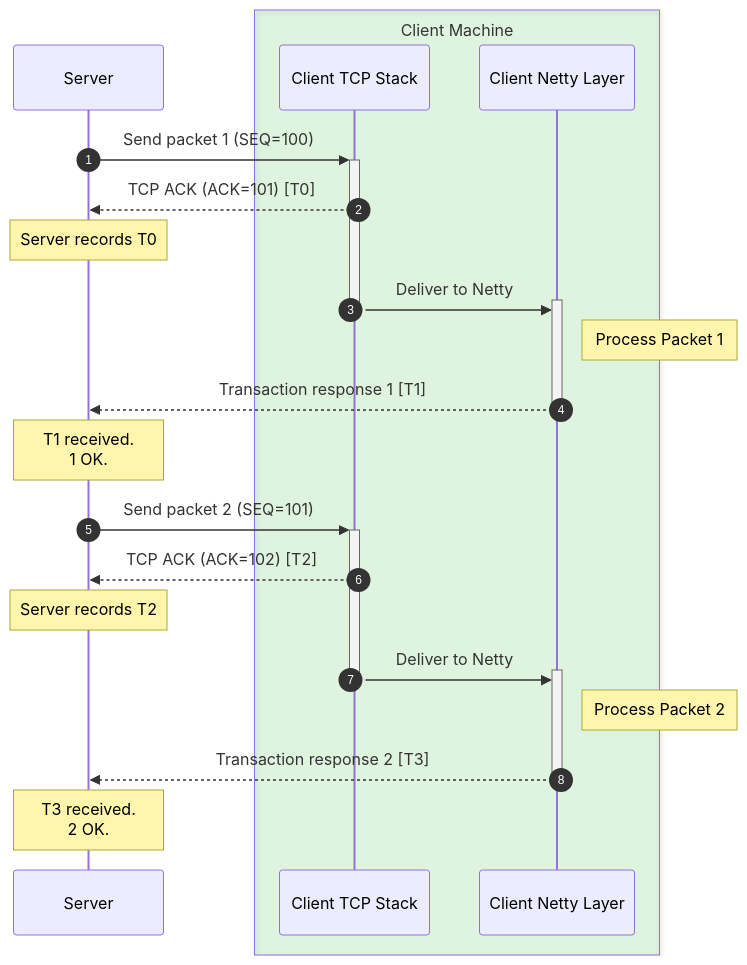
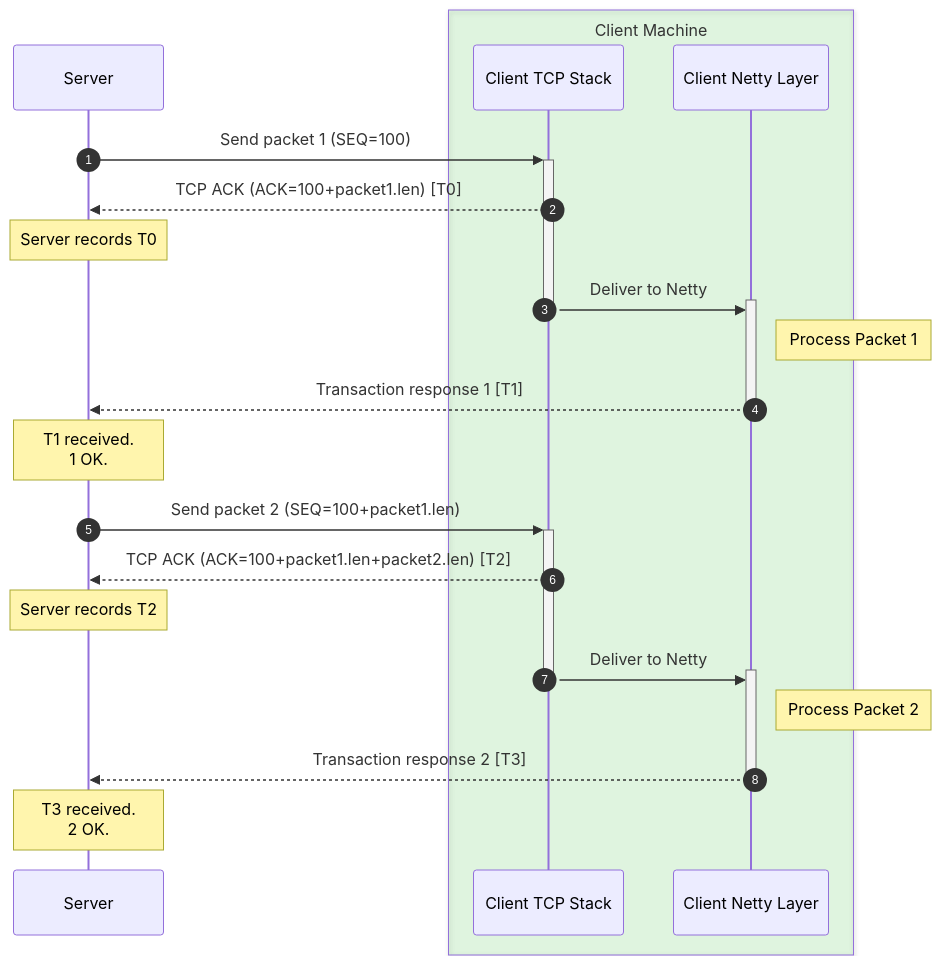
The first of 2 diagrams in README.md (Briiqn/deterministic-lag-cheat-detection-theory), drawn with Mermaid before and after one commit. The commit also changed other lines of this file, not shown here.

Commit message:
more accurate
i dont want people thinking its sequential like 100,101,102 as its not unless the packet is 1 byte.

````diff
--- a/README.md
+++ b/README.md
@@ -23,34 +23,34 @@
 ```mermaid
 sequenceDiagram
     autonumber
     participant S as Server
     
     box rgba(0, 200, 0, 0.1) Client Machine
         participant TCP as Client TCP Stack
         participant APP as Client Netty Layer
     end
 
     %% Transaction 1
     S->>+TCP: Send packet 1 (SEQ=100)
-    TCP-->>S: TCP ACK (ACK=101) [T0]
+    TCP-->>S: TCP ACK (ACK=100+packet1.len) [T0]
     Note over S: Server records T0
     
     TCP->>+APP: Deliver to Netty
     deactivate TCP
     
     Note right of APP: Process Packet 1
     APP-->>-S: Transaction response 1 [T1]
     Note over S: T1 received.<br/> 1 OK.
 
     %% Transaction 2
-    S->>+TCP: Send packet 2 (SEQ=101)
-    TCP-->>S: TCP ACK (ACK=102) [T2]
+    S->>+TCP: Send packet 2 (SEQ=100+packet1.len)
+    TCP-->>S: TCP ACK (ACK=100+packet1.len+packet2.len) [T2]
     Note over S: Server records T2
     
     TCP->>+APP: Deliver to Netty
     deactivate TCP
     
     Note right of APP: Process Packet 2
     APP-->>-S: Transaction response 2 [T3]
     Note over S: T3 received.<br/> 2 OK.
 ```
````
